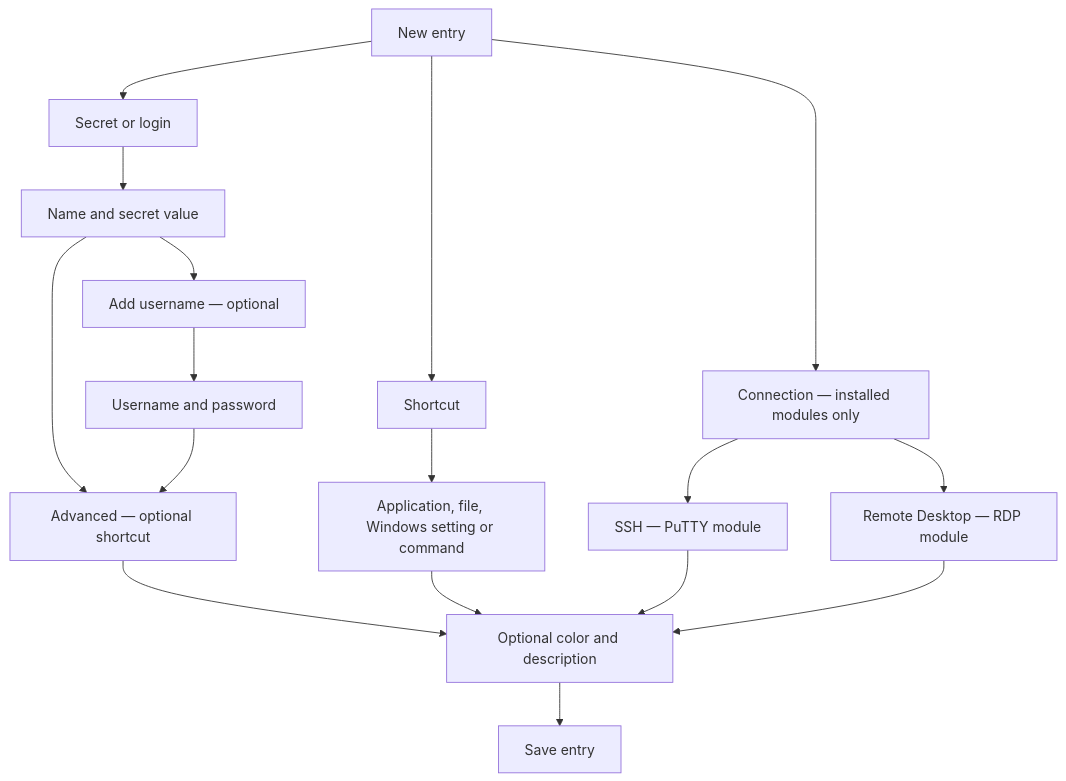
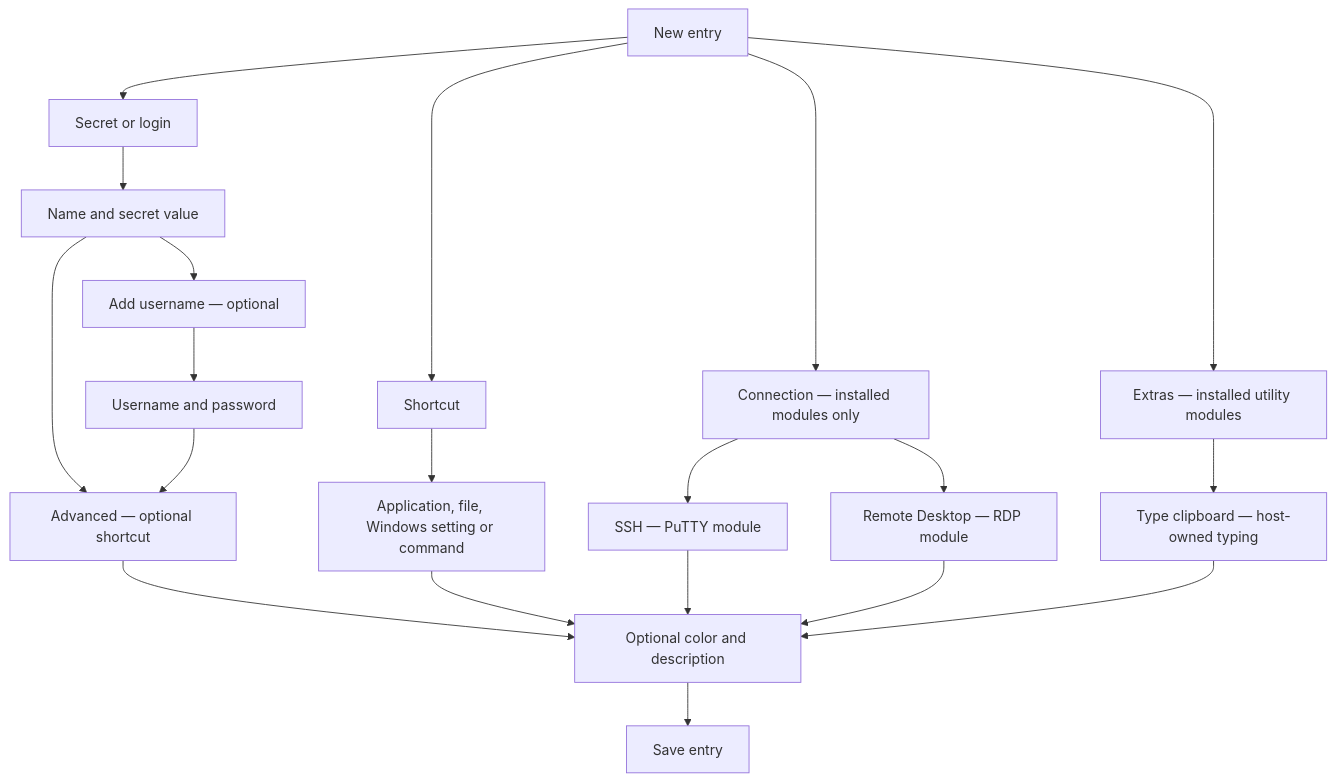
Before and after one commit to odxxt/Sable: the diagram in docs/ENTRY-MODEL.md, drawn with Mermaid. The commit also changed other lines of this file and 66 other files, not shown here.

````diff
--- a/docs/ENTRY-MODEL.md
+++ b/docs/ENTRY-MODEL.md
@@ -5,15 +5,17 @@
 ```mermaid
 flowchart TD
     A[New entry] --> S[Secret or login]
     A --> C[Shortcut]
     A --> R[Connection — installed modules only]
+    A --> E[Extras — installed utility modules]
+    E --> TYPE[Type clipboard — host-owned typing]
     S --> V[Name and secret value]
     V --> U[Add username — optional]
     U --> P[Username and password]
     V & P --> X[Advanced — optional shortcut]
     C --> K[Application, file, Windows setting or command]
     R --> SSH[SSH — PuTTY module]
     R --> RDP[Remote Desktop — RDP module]
-    X & K & SSH & RDP --> D[Optional color and description]
+    X & K & SSH & RDP & TYPE --> D[Optional color and description]
     D --> SAVE[Save entry]
 ```
````
